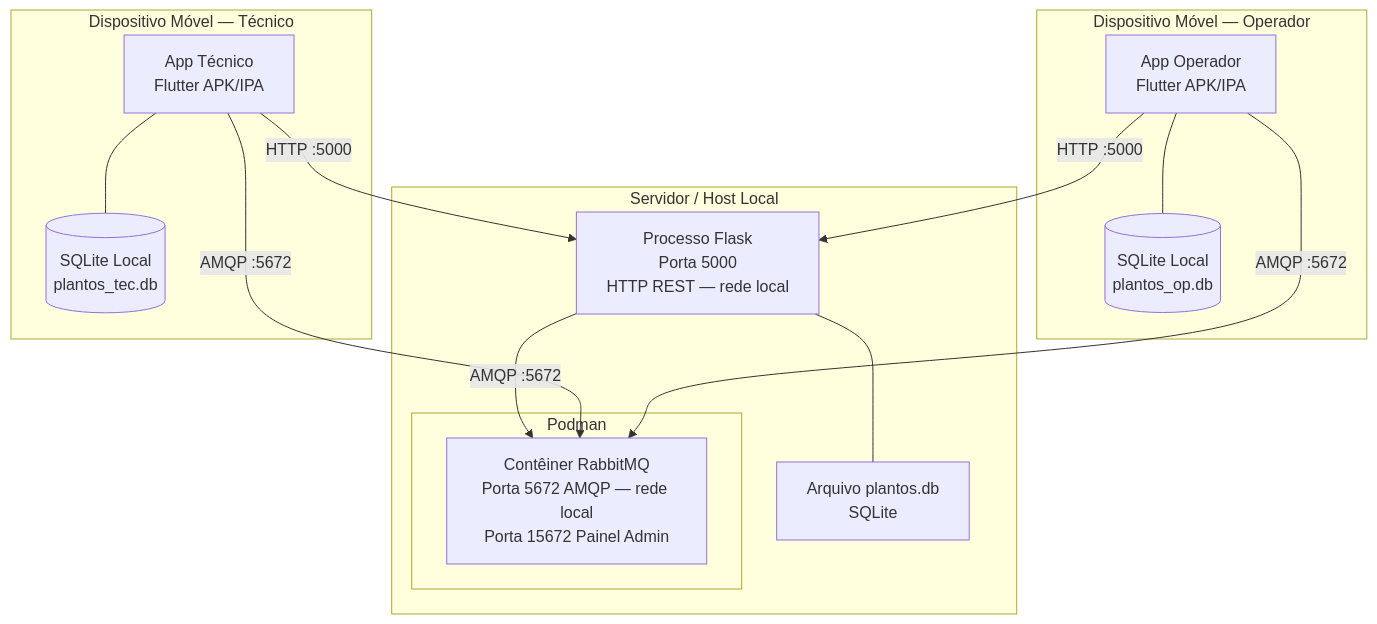
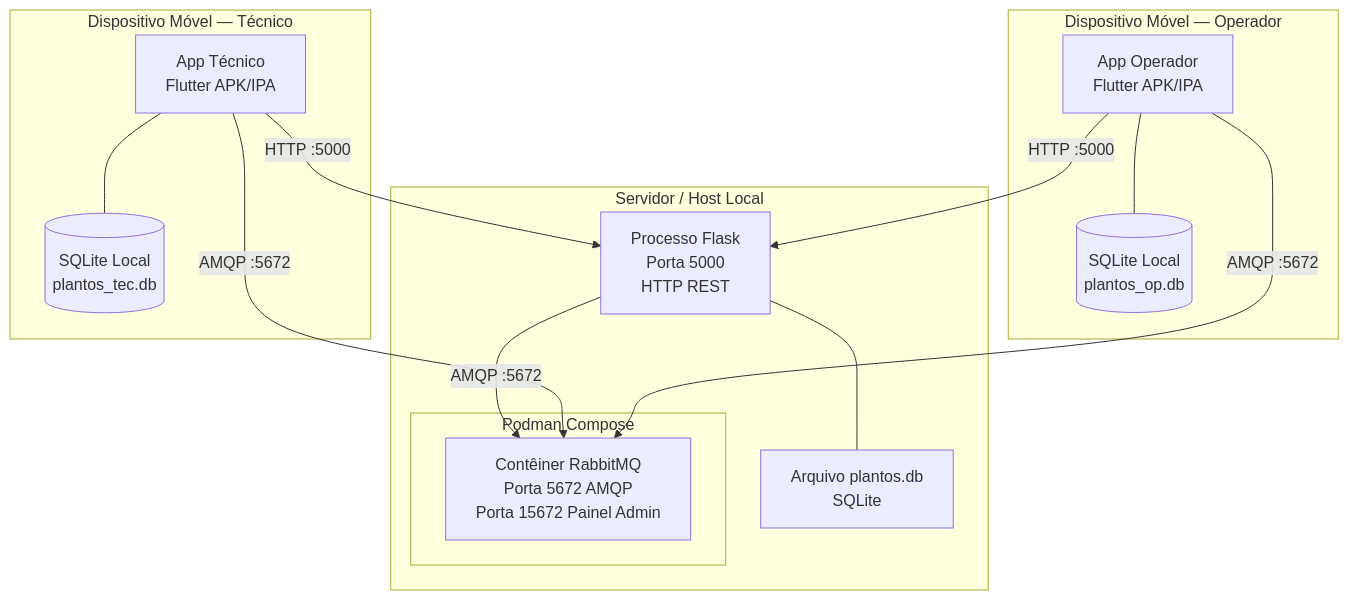
Before and after one commit to art1544/PlantOS-LAMD: the fifth of 11 diagrams in docs/sprint1/arquitetura.md, drawn with Mermaid. The commit also changed other lines of this file and 36 other files, not shown here.

````diff
--- a/docs/sprint1/arquitetura.md
+++ b/docs/sprint1/arquitetura.md
@@ -185,29 +194,29 @@
 ```mermaid
 graph TB
     subgraph "Dispositivo Móvel — Operador"
         A1[App Operador<br/>Flutter APK/IPA]
         SQ1[(SQLite Local<br/>plantos_op.db)]
     end
 
     subgraph "Dispositivo Móvel — Técnico"
         A2[App Técnico<br/>Flutter APK/IPA]
         SQ2[(SQLite Local<br/>plantos_tec.db)]
     end
 
     subgraph "Servidor / Host Local"
-        subgraph "Podman"
-            RMQ[Contêiner RabbitMQ<br/>Porta 5672 AMQP — rede local<br/>Porta 15672 Painel Admin]
+        subgraph "Podman Compose"
+            RMQ[Contêiner RabbitMQ<br/>Porta 5672 AMQP<br/>Porta 15672 Painel Admin]
         end
-        FLASK[Processo Flask<br/>Porta 5000<br/>HTTP REST — rede local]
+        FLASK[Processo Flask<br/>Porta 5000<br/>HTTP REST]
         SQLITE[Arquivo plantos.db<br/>SQLite]
     end
 
     A1 -->|HTTP :5000| FLASK
     A2 -->|HTTP :5000| FLASK
     A1 -->|AMQP :5672| RMQ
     A2 -->|AMQP :5672| RMQ
     A1 --- SQ1
     A2 --- SQ2
     FLASK -->|AMQP :5672| RMQ
     FLASK --- SQLITE
 ```
````
